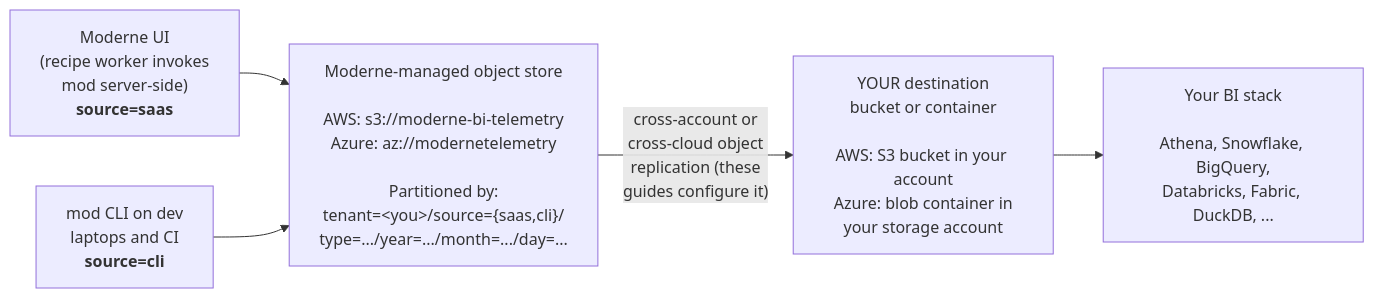
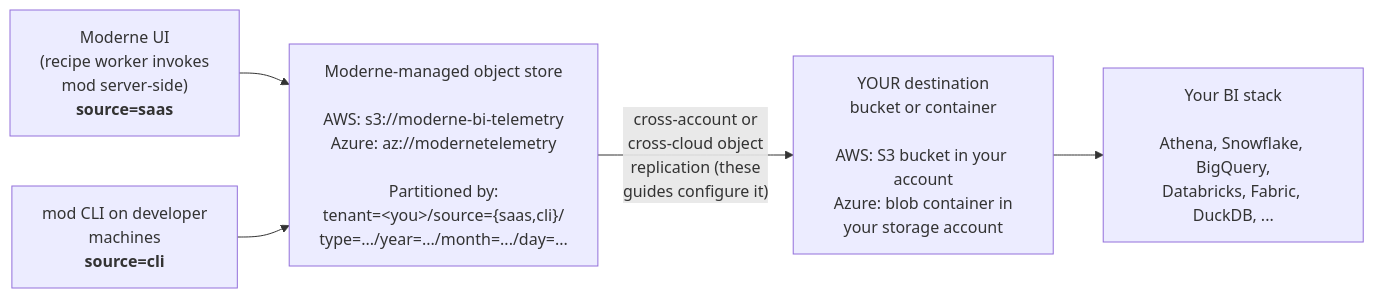
The diagram in docs/administrator-documentation/moderne-platform/how-to-guides/configuring-telemetry-exports/overview.md (moderneinc/moderne-docs), drawn with Mermaid before and after one commit. The commit also changed other lines of this file and 5 other files, not shown here.

````diff
--- a/docs/administrator-documentation/moderne-platform/how-to-guides/configuring-telemetry-exports/overview.md
+++ b/docs/administrator-documentation/moderne-platform/how-to-guides/configuring-telemetry-exports/overview.md
@@ -62,13 +64,13 @@
 ```mermaid
 flowchart LR
     UI["Moderne UI<br/>(recipe worker invokes<br/>mod server-side)<br/><b>source=saas</b>"]
-    CLI["mod CLI on dev<br/>laptops and CI<br/><b>source=cli</b>"]
+    CLI["mod CLI on developer<br/>machines<br/><b>source=cli</b>"]
     Store["Moderne-managed object store<br/><br/>AWS: s3://moderne-bi-telemetry<br/>Azure: az://modernetelemetry<br/><br/>Partitioned by:<br/>tenant=&lt;you&gt;/source={saas,cli}/<br/>type=.../year=.../month=.../day=..."]
     Dest["YOUR destination<br/>bucket or container<br/><br/>AWS: S3 bucket in your account<br/>Azure: blob container in<br/>your storage account"]
     BI["Your BI stack<br/><br/>Athena, Snowflake, BigQuery,<br/>Databricks, Fabric, DuckDB, ..."]
 
     UI --> Store
     CLI --> Store
     Store -- "cross-account or<br/>cross-cloud object<br/>replication (these<br/>guides configure it)" --> Dest
     Dest --> BI
 ```
````
